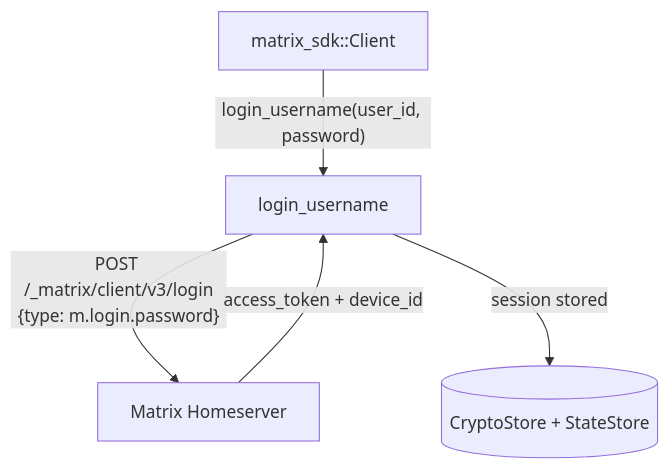
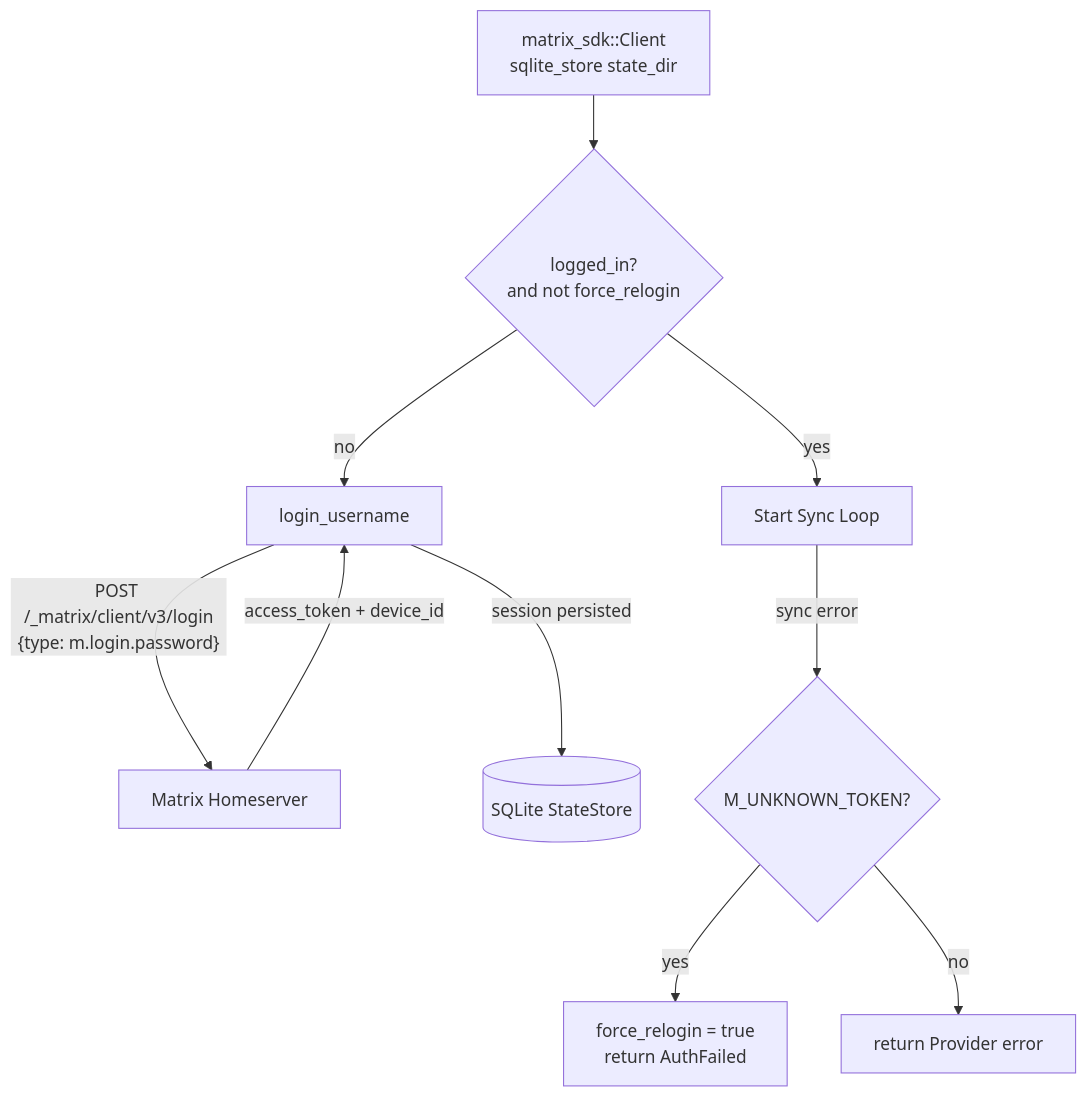
One commit to cosmoswafer/rockbot changed the fifth of 9 diagrams in _dfd/infra/matrix.md. Above: the diagram before and after it, drawn with Mermaid. The commit also changed other lines of this file and 5 other files, not shown here.

First line of the commit message:
fix: persist Matrix session and handle token invalidation (closes #66)

````diff
--- a/_dfd/infra/matrix.md
+++ b/_dfd/infra/matrix.md
@@ -167,12 +189,19 @@
 ```mermaid
 flowchart TD
-    CLIENT[matrix_sdk::Client]
+    CLIENT[matrix_sdk::Client<br/>sqlite_store state_dir]
+    CHECK{logged_in?<br/>and not force_relogin}
     LOGIN[login_username]
     MATRIX[Matrix Homeserver]
-    STORE[(CryptoStore + StateStore)]
+    STORE[(SQLite StateStore)]
+    SYNC[Start Sync Loop]
 
-    CLIENT -->|"login_username(user_id, password)"| LOGIN
+    CLIENT --> CHECK
+    CHECK -->|"yes"| SYNC
+    CHECK -->|"no"| LOGIN
     LOGIN -->|"POST /_matrix/client/v3/login<br/>{type: m.login.password}"| MATRIX
     MATRIX -->|"access_token + device_id"| LOGIN
-    LOGIN -->|"session stored"| STORE
+    LOGIN -->|"session persisted"| STORE
+    SYNC -->|"sync error"| ERRCHECK{M_UNKNOWN_TOKEN?}
+    ERRCHECK -->|"yes"| FORCE["force_relogin = true<br/>return AuthFailed"]
+    ERRCHECK -->|"no"| RETURN["return Provider error"]
 ```
````
